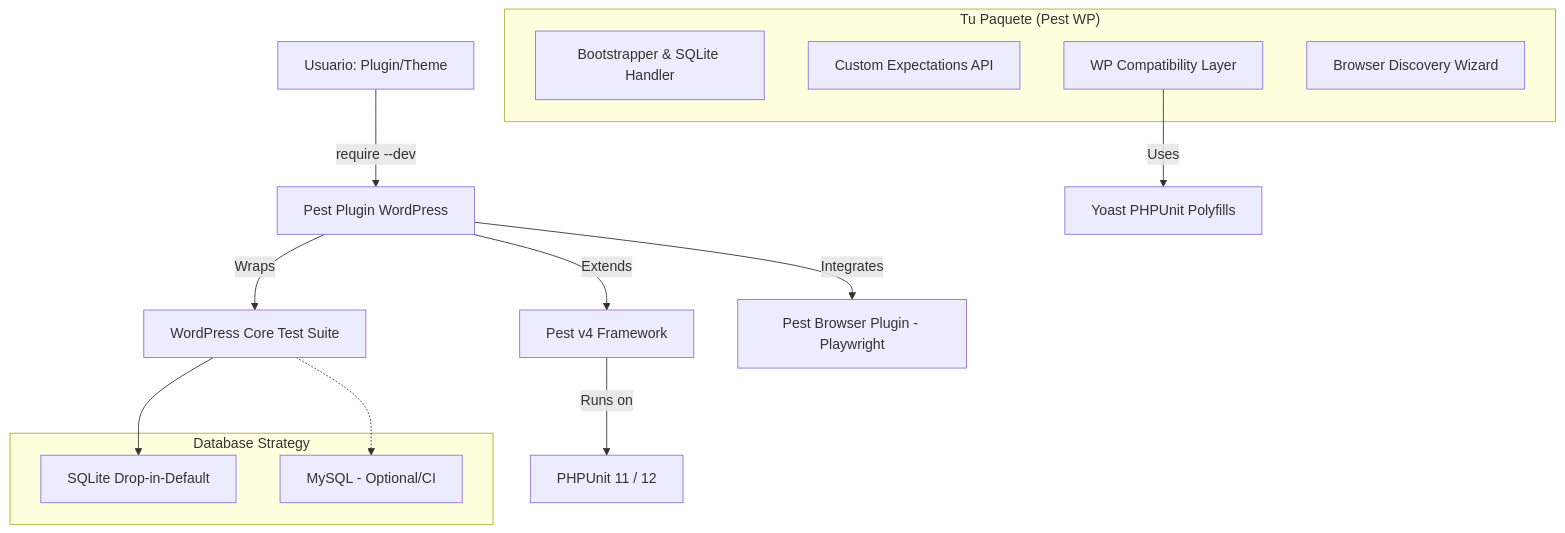
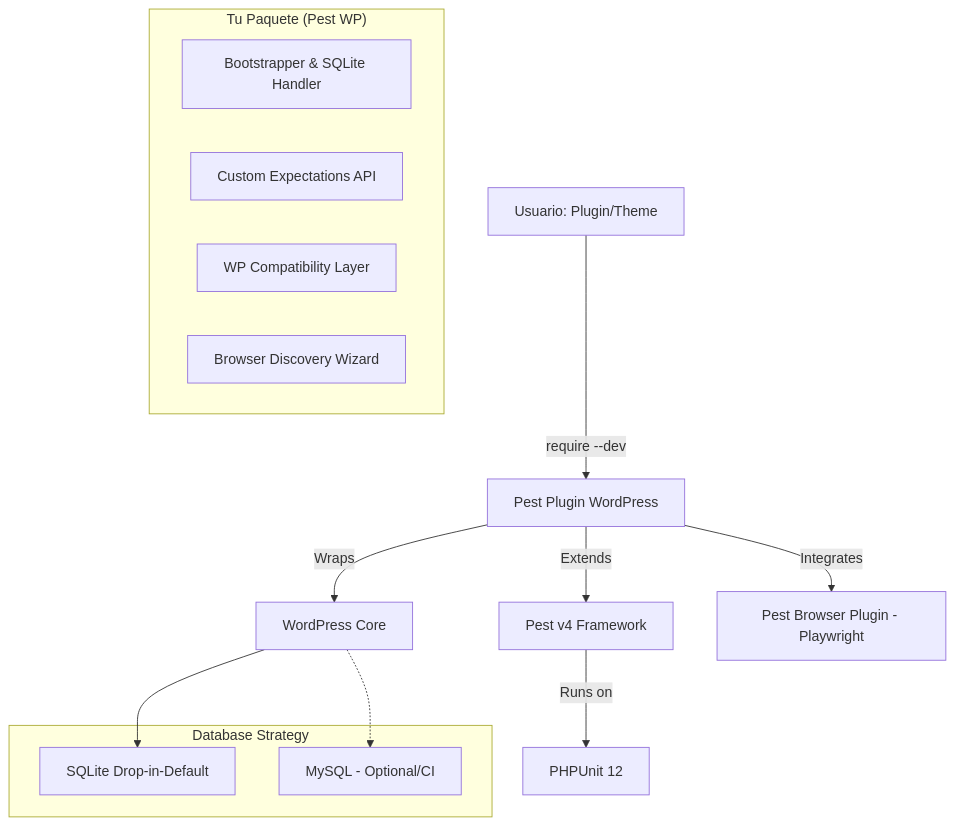
One commit to alvarodelera/pest-wp-plugin changed the diagram in project-definition.md. Above: the diagram before and after it, drawn with Mermaid. The commit also changed other lines of this file and 10 other files, not shown here.

First line of the commit message:
feat: [Phase 1 finished] Enhance PHPStan configuration to ignore runtime-defined WordPress constants

````diff
--- a/project-definition.md
+++ b/project-definition.md
@@ -25,26 +25,25 @@
 ```mermaid
 graph TD
     UserProject[Usuario: Plugin/Theme] -->|require --dev| PestWP[Pest Plugin WordPress]
     
     subgraph "Tu Paquete (Pest WP)"
         Bootstrapper[Bootstrapper & SQLite Handler]
         Expectations[Custom Expectations API]
         TestCase[WP Compatibility Layer]
         BrowserBridge[Browser Discovery Wizard]
     end
 
     PestWP -->|Extends| PestCore[Pest v4 Framework]
-    PestWP -->|Wraps| WPTests[WordPress Core Test Suite]
+    PestWP -->|Wraps| WPCore[WordPress Core]
     PestWP -->|Integrates| Playwright[Pest Browser Plugin - Playwright]
     
-    PestCore -->|Runs on| PHPUnit[PHPUnit 11 / 12]
-    TestCase -->|Uses| YoastPolyfills[Yoast PHPUnit Polyfills]
+    PestCore -->|Runs on| PHPUnit[PHPUnit 12]
     
     subgraph "Database Strategy"
         SQLite[SQLite Drop-in-Default]
         MySQL[MySQL - Optional/CI]
     end
     
-    WPTests --> SQLite
-    WPTests -.-> MySQL
+    WPCore --> SQLite
+    WPCore -.-> MySQL
 ```
````
